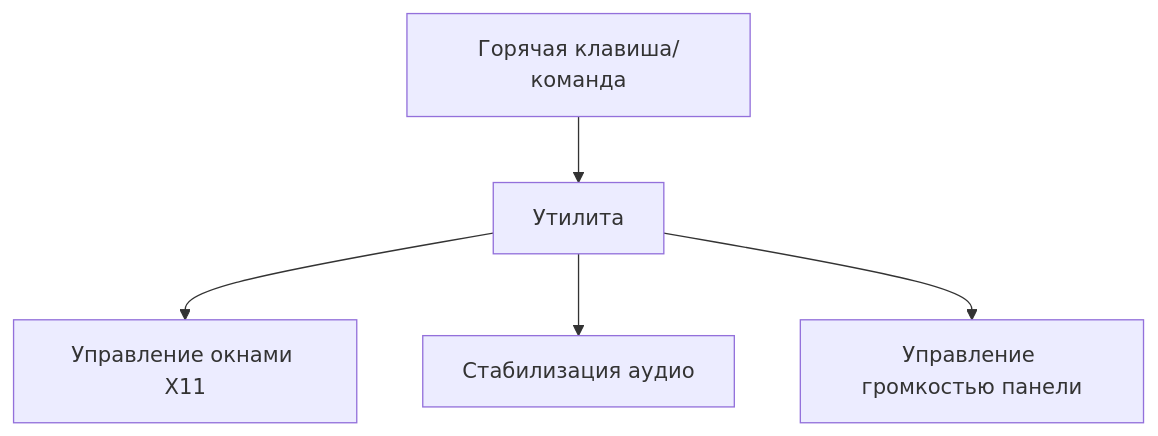
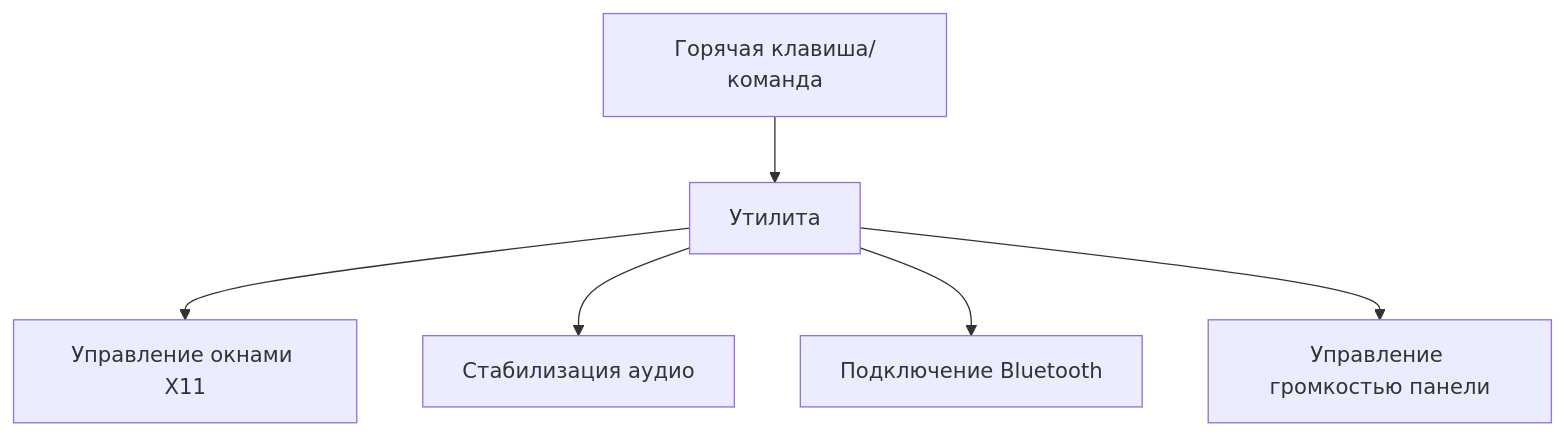
One commit to DenisArger/DeskPulse changed the second of 2 diagrams in README.md. Above: the diagram before and after it, drawn with Mermaid. The commit also changed other lines of this file and 3 other files, not shown here.

````diff
--- a/README.md
+++ b/README.md
@@ -55,7 +62,8 @@
 ```mermaid
 flowchart TD
   A[Горячая клавиша/команда] --> B[Утилита]
   B --> C[Управление окнами X11]
   B --> D[Стабилизация аудио]
-  B --> E[Управление громкостью панели]
+  B --> E[Подключение Bluetooth]
+  B --> F[Управление громкостью панели]
 ```
````
